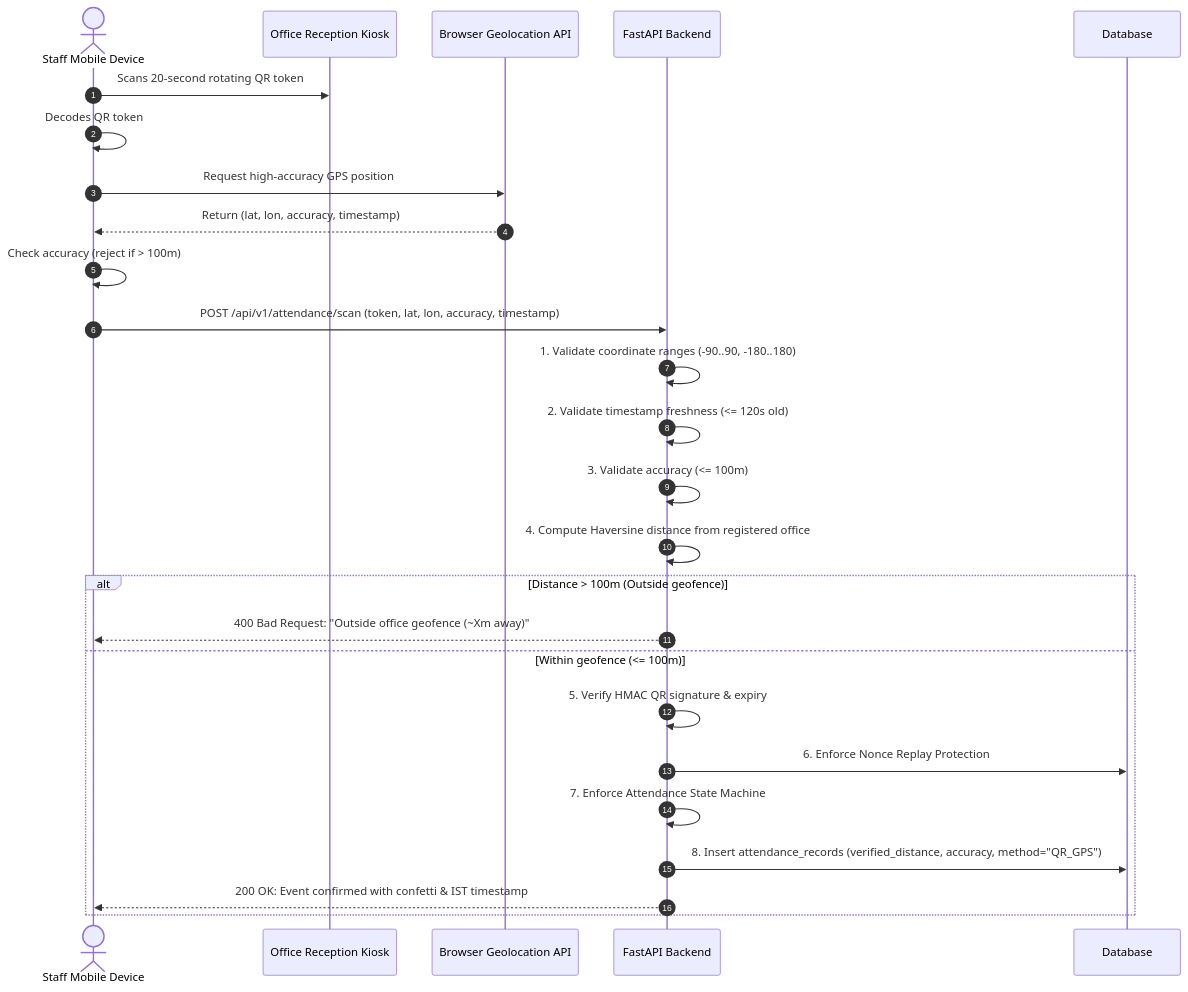
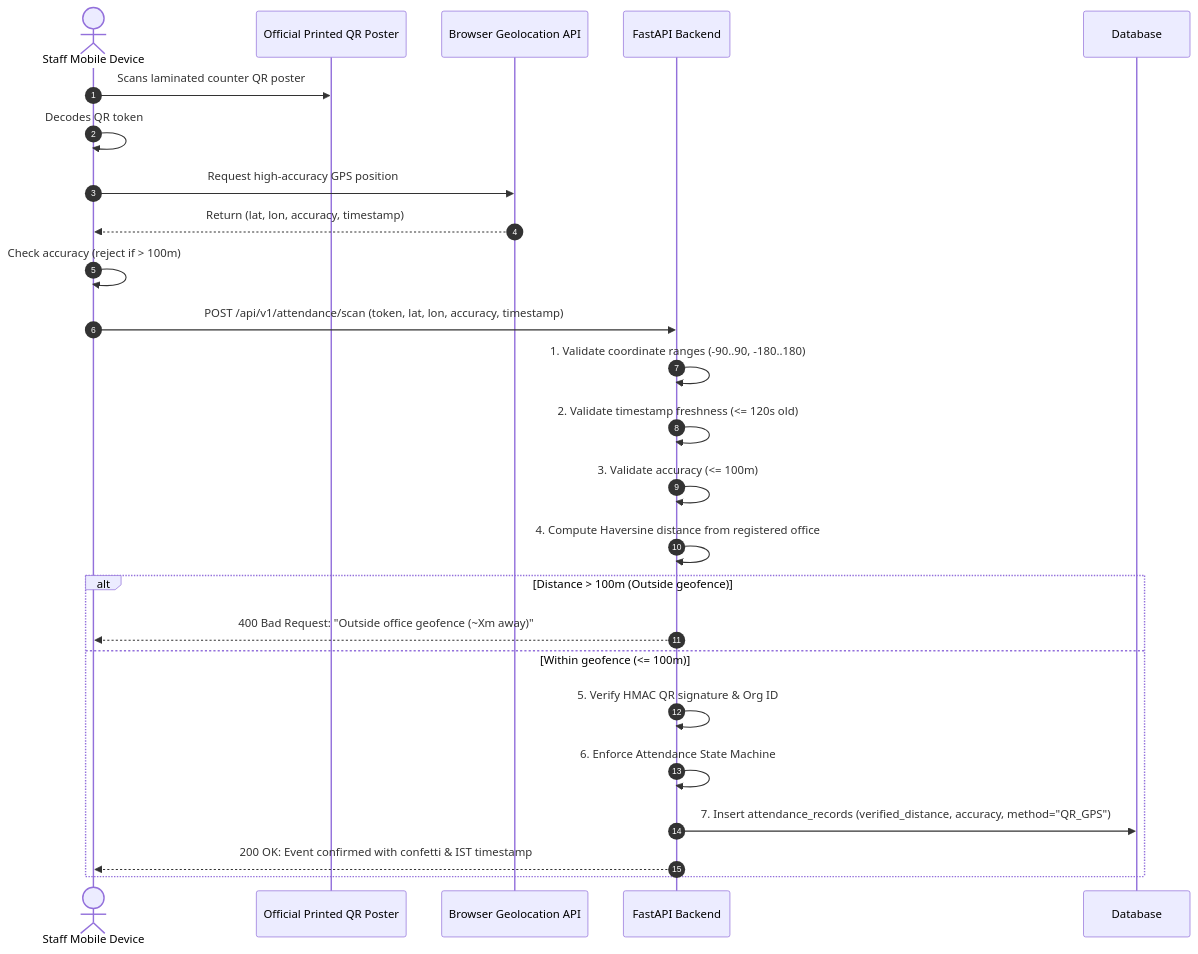
Before and after one commit to Mohitingale13/SP-Records: the diagram in docs/qr-security.md, drawn with Mermaid. The commit also changed other lines of this file and 38 other files, not shown here.

Commit message:
feat: printable official QR poster with 100m GPS geofencing, animated scan feedback, offline sync, and Neon cloud database integration

````diff
--- a/docs/qr-security.md
+++ b/docs/qr-security.md
@@ -122,29 +77,28 @@
 ```mermaid
 sequenceDiagram
     autonumber
     actor Staff as Staff Mobile Device
-    participant Kiosk as Office Reception Kiosk
+    participant Poster as Official Printed QR Poster
     participant Browser as Browser Geolocation API
     participant API as FastAPI Backend
     participant DB as Database
 
-    Staff->>Kiosk: Scans 20-second rotating QR token
+    Staff->>Poster: Scans laminated counter QR poster
     Staff->>Staff: Decodes QR token
     Staff->>Browser: Request high-accuracy GPS position
     Browser-->>Staff: Return (lat, lon, accuracy, timestamp)
     Staff->>Staff: Check accuracy (reject if > 100m)
     Staff->>API: POST /api/v1/attendance/scan (token, lat, lon, accuracy, timestamp)
     API->>API: 1. Validate coordinate ranges (-90..90, -180..180)
     API->>API: 2. Validate timestamp freshness (<= 120s old)
     API->>API: 3. Validate accuracy (<= 100m)
     API->>API: 4. Compute Haversine distance from registered office
     alt Distance > 100m (Outside geofence)
         API-->>Staff: 400 Bad Request: "Outside office geofence (~Xm away)"
     else Within geofence (<= 100m)
-        API->>API: 5. Verify HMAC QR signature & expiry
-        API->>DB: 6. Enforce Nonce Replay Protection
-        API->>API: 7. Enforce Attendance State Machine
-        API->>DB: 8. Insert attendance_records (verified_distance, accuracy, method="QR_GPS")
+        API->>API: 5. Verify HMAC QR signature & Org ID
+        API->>API: 6. Enforce Attendance State Machine
+        API->>DB: 7. Insert attendance_records (verified_distance, accuracy, method="QR_GPS")
         API-->>Staff: 200 OK: Event confirmed with confetti & IST timestamp
     end
 ```
````
